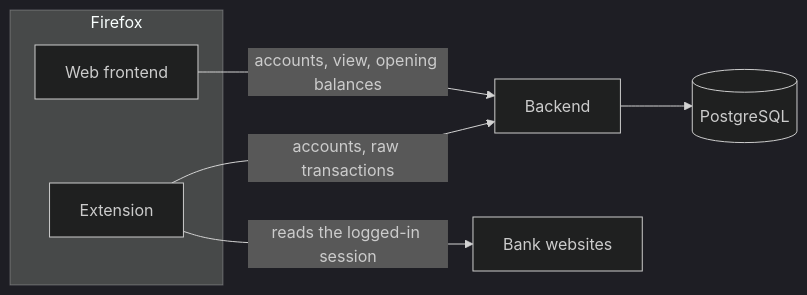
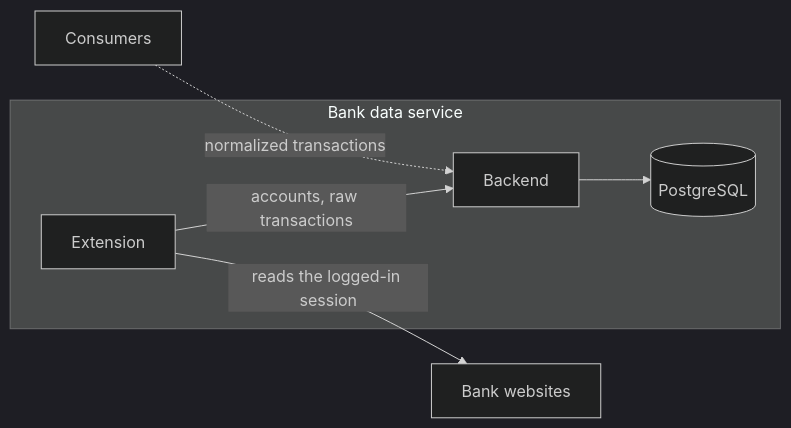
The first of 5 diagrams in docs/architecture.md (lennartmoeller/finance-tracker), drawn with Mermaid (dark theme) before and after one commit. The commit also changed other lines of this file and 53 other files, not shown here.

Commit message:
feat!: make the extension the bank data service's only interface (#15)

````diff
--- a/docs/architecture.md
+++ b/docs/architecture.md
@@ -5,14 +7,14 @@
 ```mermaid
 flowchart LR
-  subgraph firefox["Firefox"]
-    frontend["Web frontend"]
+  subgraph bankdata["Bank data service"]
     extension["Extension"]
+    backend["Backend"]
+    postgres[("PostgreSQL")]
   end
-  backend["Backend"]
-  postgres[("PostgreSQL")]
   websites["Bank websites"]
-  frontend -- "accounts, view, opening balances" --> backend
+  consumers["Consumers"]
   extension -- "accounts, raw transactions" --> backend
   extension -- "reads the logged-in session" --> websites
   backend --> postgres
+  consumers -.->|"normalized transactions"| backend
 ```
````
